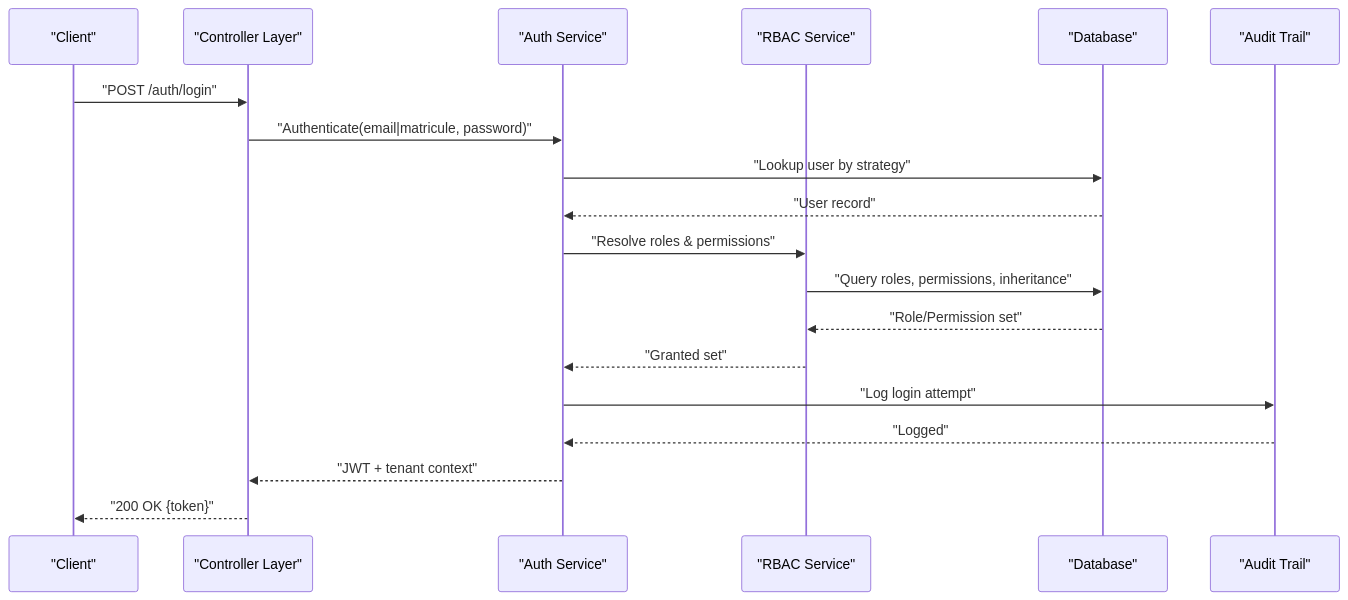
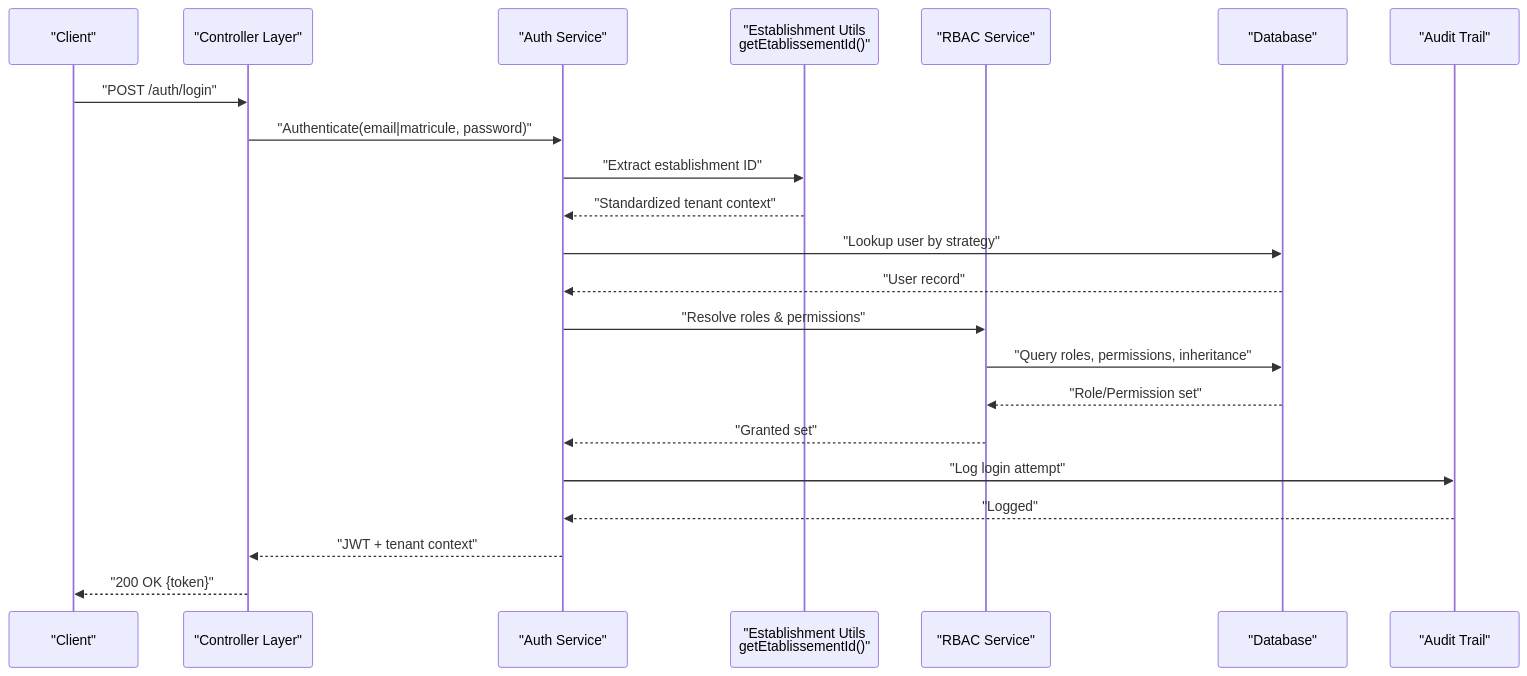
Before and after one commit to franckylab/eLISAschool: the second of 3 diagrams in .qoder/repowiki/en/content/Core Systems/Authentication & Authorization/Authentication & Authorization.md, drawn with Mermaid. The commit also changed other lines of this file and 19 other files, not shown here.

````diff
--- a/.qoder/repowiki/en/content/Core Systems/Authentication & Authorization/Authentication & Authorization.md
+++ b/.qoder/repowiki/en/content/Core Systems/Authentication & Authorization/Authentication & Authorization.md
@@ -123,21 +132,24 @@
 ```mermaid
 sequenceDiagram
 participant Client as "Client"
 participant API as "Controller Layer"
 participant AuthSvc as "Auth Service"
+participant EstUtils as "Establishment Utils<br/>getEtablissementId()"
 participant RbacSvc as "RBAC Service"
 participant DB as "Database"
 participant Audit as "Audit Trail"
 Client->>API : "POST /auth/login"
 API->>AuthSvc : "Authenticate(email|matricule, password)"
+AuthSvc->>EstUtils : "Extract establishment ID"
+EstUtils-->>AuthSvc : "Standardized tenant context"
 AuthSvc->>DB : "Lookup user by strategy"
 DB-->>AuthSvc : "User record"
 AuthSvc->>RbacSvc : "Resolve roles & permissions"
 RbacSvc->>DB : "Query roles, permissions, inheritance"
 DB-->>RbacSvc : "Role/Permission set"
 RbacSvc-->>AuthSvc : "Granted set"
 AuthSvc->>Audit : "Log login attempt"
 Audit-->>AuthSvc : "Logged"
 AuthSvc-->>API : "JWT + tenant context"
 API-->>Client : "200 OK {token}"
 ```
````
